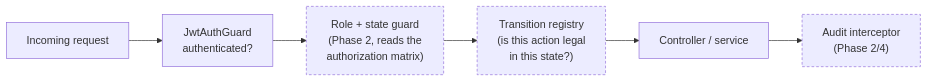
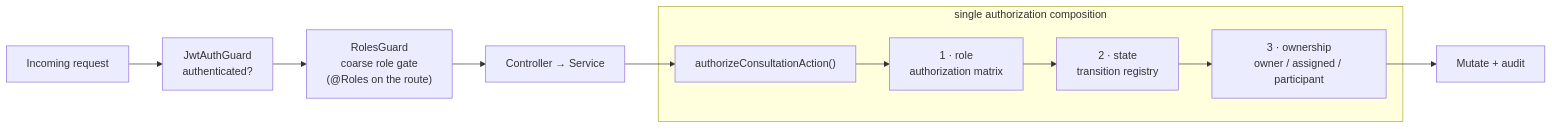
The third of 8 diagrams in docs/architecture.md (akritiupreti/virtual-consultation-platform), drawn with Mermaid before and after one commit. The commit also changed other lines of this file and 58 other files, not shown here.

First line of the commit message:
feat: phase 2 MVP vertical slice — end-to-end consultation workflow

````diff
--- a/docs/architecture.md
+++ b/docs/architecture.md
@@ -103,11 +123,13 @@
 ```mermaid
 flowchart LR
     req[Incoming request] --> jwtg[JwtAuthGuard<br/>authenticated?]
-    jwtg --> roleg["Role + state guard<br/>(Phase 2, reads the<br/>authorization matrix)"]
-    roleg --> reg["Transition registry<br/>(is this action legal<br/>in this state?)"]
-    reg --> handler[Controller / service]
-    handler --> auditi["Audit interceptor<br/>(Phase 2/4)"]
-
-    classDef later stroke-dasharray: 4 3;
-    class roleg,reg,auditi later
+    jwtg --> roleg["RolesGuard<br/>coarse role gate<br/>(@Roles on the route)"]
+    roleg --> svc[Controller → Service]
+    svc --> pol["authorizeConsultationAction()"]
+    subgraph policy [single authorization composition]
+        pol --> r["1 · role<br/>authorization matrix"]
+        r --> st["2 · state<br/>transition registry"]
+        st --> own["3 · ownership<br/>owner / assigned / participant"]
+    end
+    own --> do[Mutate + audit]
 ```
````
